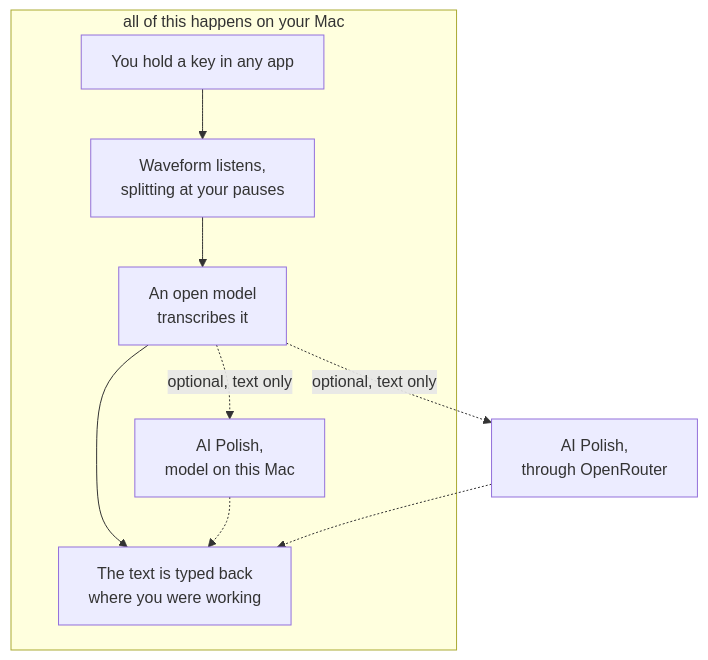
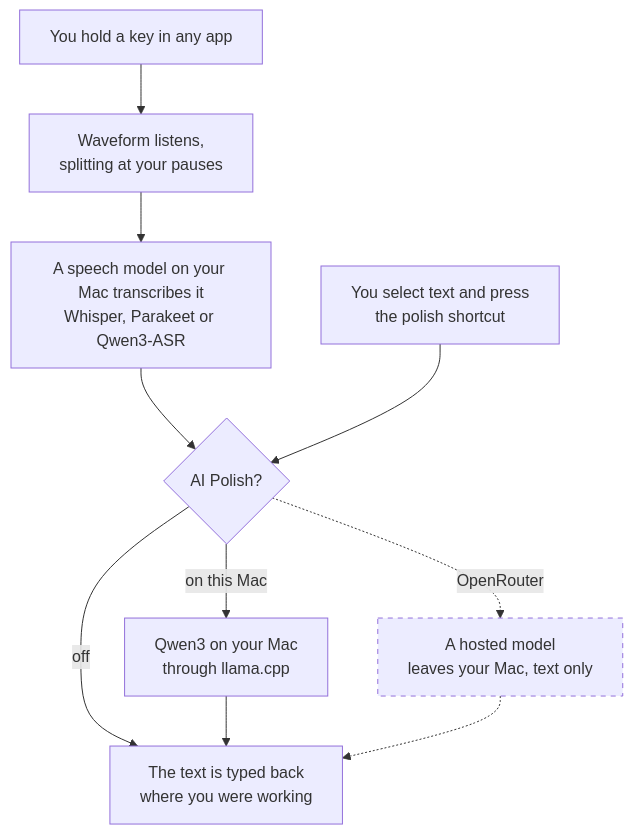
One commit to vipinsight/waveform changed the diagram in README.md. Above: the diagram before and after it, drawn with Mermaid. The commit also changed other lines of this file and 2 other files, not shown here.

Commit message:
Show local polish in the README diagram, and add screenshots (#58)
* Show polish running on this Mac in the README diagram

* Add screenshots of Transcripts and Dictation to the README

---------

````diff
--- a/README.md
+++ b/README.md
@@ -37,13 +41,15 @@
 ```mermaid
 flowchart TD
-    subgraph mac["all of this happens on your Mac"]
-        key["You hold a key in any app"] --> listen["Waveform listens,<br/>splitting at your pauses"]
-        listen --> model["An open model<br/>transcribes it"]
-        model --> typed["The text is typed back<br/>where you were working"]
-        model -. "optional, text only" .-> local["AI Polish,<br/>model on this Mac"]
-        local -.-> typed
-    end
+    key["You hold a key in any app"] --> listen["Waveform listens,<br/>splitting at your pauses"]
+    listen --> speech["A speech model on your Mac transcribes it<br/>Whisper, Parakeet or Qwen3-ASR"]
+    speech --> polish{"AI Polish?"}
+    selected["You select text and press<br/>the polish shortcut"] --> polish
+    polish -- "off" --> typed["The text is typed back<br/>where you were working"]
+    polish -- "on this Mac" --> local["Qwen3 on your Mac<br/>through llama.cpp"]
+    polish -. "OpenRouter" .-> hosted["A hosted model<br/>leaves your Mac, text only"]
+    local --> typed
+    hosted -.-> typed
 
-    model -. "optional, text only" .-> polish["AI Polish,<br/>through OpenRouter"]
-    polish -.-> typed
+    classDef offMac stroke-dasharray: 5 5
+    class hosted offMac
 ```
````
